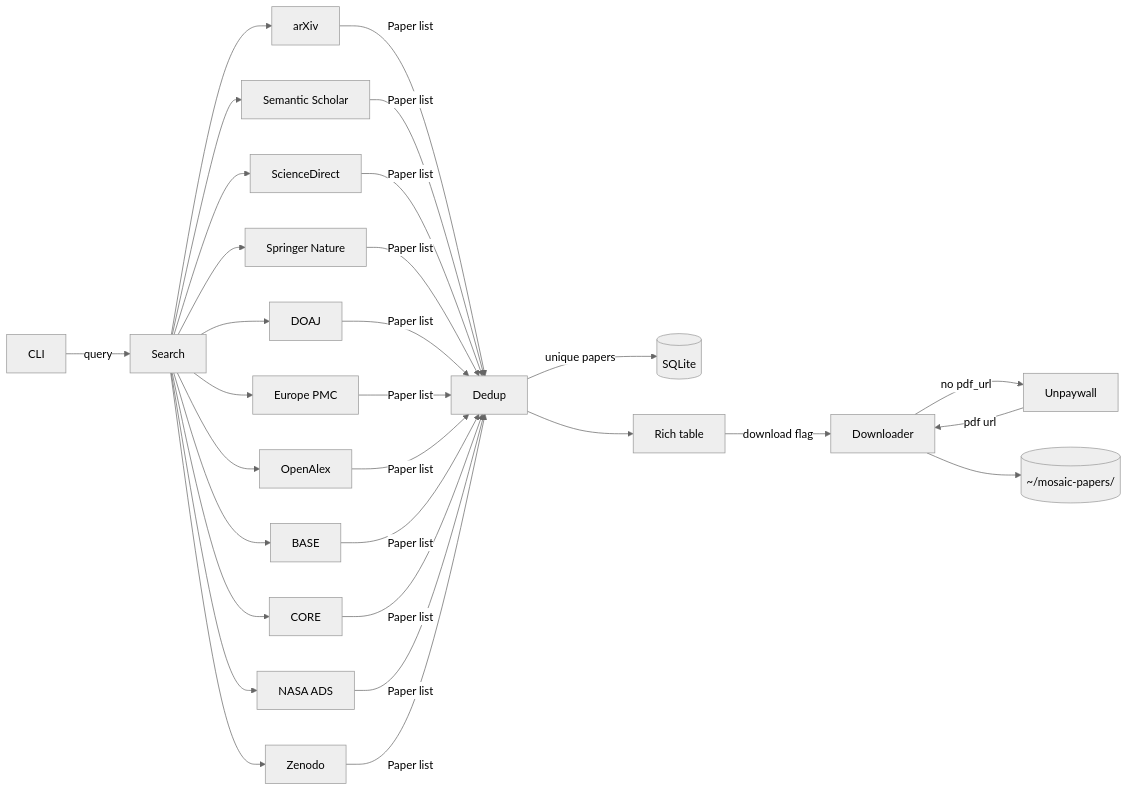
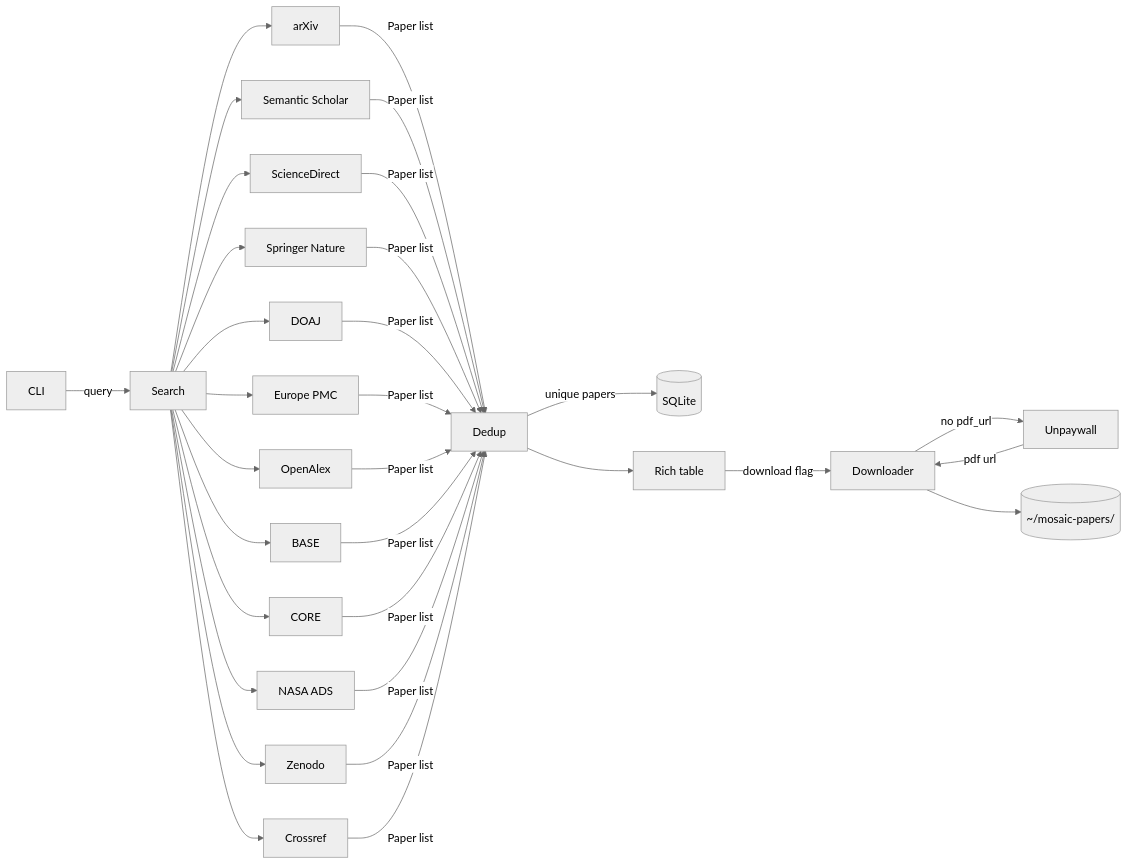
One commit to szaghi/mosaic changed the diagram in docs/index.md. Above: the diagram before and after it, drawn with Mermaid (neutral theme). The commit also changed other lines of this file and 12 other files, not shown here.

````diff
--- a/docs/index.md
+++ b/docs/index.md
@@ -57,12 +57,12 @@
 ```mermaid
 flowchart LR
     CLI -->|query| Search
-    Search --> arXiv & SS[Semantic Scholar] & SD[ScienceDirect] & SP[Springer Nature] & DOAJ & EPMC[Europe PMC] & OA[OpenAlex] & BASE & CORE & ADS[NASA ADS] & ZEN[Zenodo]
-    arXiv & SS & SD & SP & DOAJ & EPMC & OA & BASE & CORE & ADS & ZEN -->|Paper list| Dedup
+    Search --> arXiv & SS[Semantic Scholar] & SD[ScienceDirect] & SP[Springer Nature] & DOAJ & EPMC[Europe PMC] & OA[OpenAlex] & BASE & CORE & ADS[NASA ADS] & ZEN[Zenodo] & CR[Crossref]
+    arXiv & SS & SD & SP & DOAJ & EPMC & OA & BASE & CORE & ADS & ZEN & CR -->|Paper list| Dedup
     Dedup -->|unique papers| Cache[(SQLite)]
     Dedup --> Table[Rich table]
     Table -->|download flag| DL[Downloader]
     DL -->|no pdf_url| UPW[Unpaywall]
     UPW -->|pdf url| DL
     DL --> Disk[(~/mosaic-papers/)]
 ```
````
